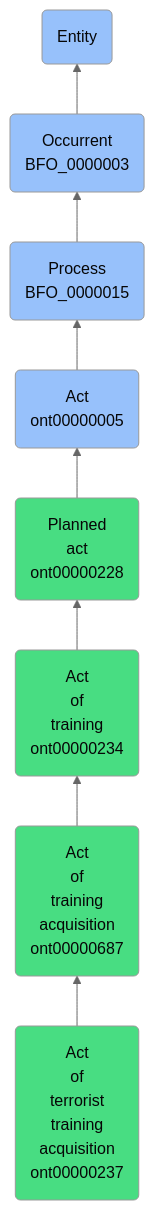
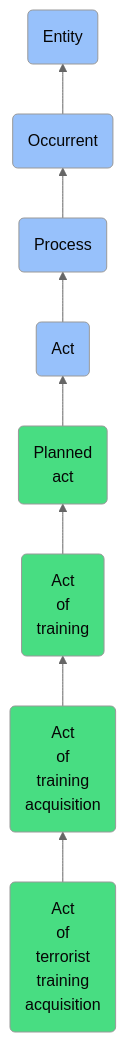
One commit to jupyter-naas/abi changed the diagram in docs/ontology/reference/model/Entity/Occurrent/Process/Act/Planned act/Act of training/Act of training acquisition/Act of terrorist training acquisition/Act of terrorist training acquisition.md. Above: the diagram before and after it, drawn with Mermaid (neutral theme). The commit also changed other lines of this file and 1430 other files, not shown here.

````diff
--- a/docs/ontology/reference/model/Entity/Occurrent/Process/Act/Planned act/Act of training/Act of training acquisition/Act of terrorist training acquisition/Act of terrorist training acquisition.md
+++ b/docs/ontology/reference/model/Entity/Occurrent/Process/Act/Planned act/Act of training/Act of training acquisition/Act of terrorist training acquisition/Act of terrorist training acquisition.md
@@ -24,15 +24,15 @@
 ```mermaid
 graph BT
-    ont00000237(Act<br>of<br>terrorist<br>training<br>acquisition<br>ont00000237):::ABI-->ont00000687
-    ont00000687(Act<br>of<br>training<br>acquisition<br>ont00000687):::ABI-->ont00000234
-    ont00000234(Act<br>of<br>training<br>ont00000234):::ABI-->ont00000228
-    ont00000228(Planned<br>act<br>ont00000228):::ABI-->ont00000005
-    ont00000005(Act<br>ont00000005):::BFO-->BFO_0000015
-    BFO_0000015(Process<br>BFO_0000015):::BFO-->BFO_0000003
-    BFO_0000003(Occurrent<br>BFO_0000003):::BFO-->BFO_0000001
+    ont00000237(Act<br>of<br>terrorist<br>training<br>acquisition):::ABI-->ont00000687
+    ont00000687(Act<br>of<br>training<br>acquisition):::ABI-->ont00000234
+    ont00000234(Act<br>of<br>training):::ABI-->ont00000228
+    ont00000228(Planned<br>act):::ABI-->ont00000005
+    ont00000005(Act):::BFO-->BFO_0000015
+    BFO_0000015(Process):::BFO-->BFO_0000003
+    BFO_0000003(Occurrent):::BFO-->BFO_0000001
     BFO_0000001(Entity):::BFO
     
     classDef BFO fill:#97c1fb,color:#060606
     classDef CCO fill:#e4c51e,color:#060606
     classDef ABI fill:#48DD82,color:#060606
 ```
````
